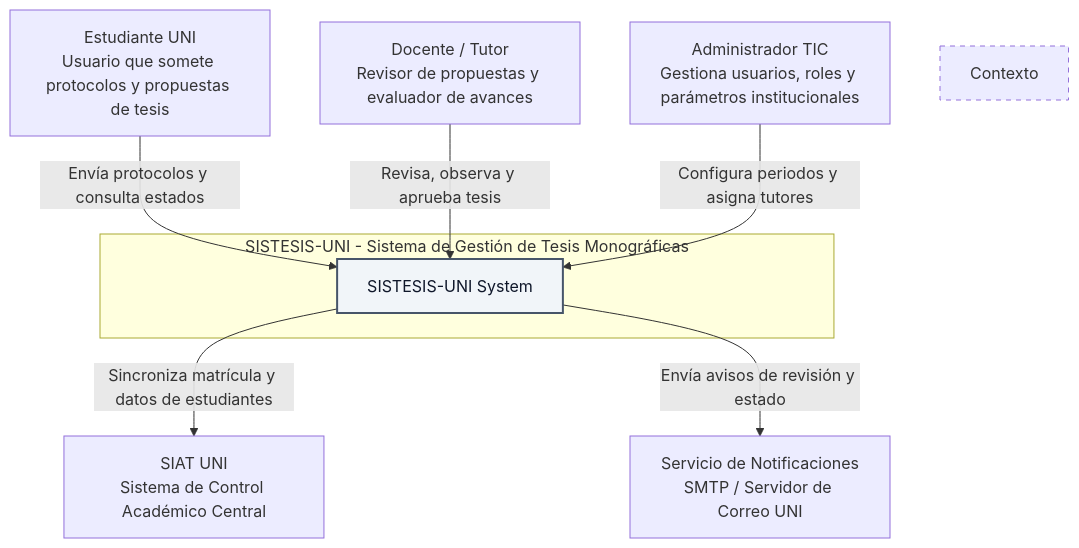
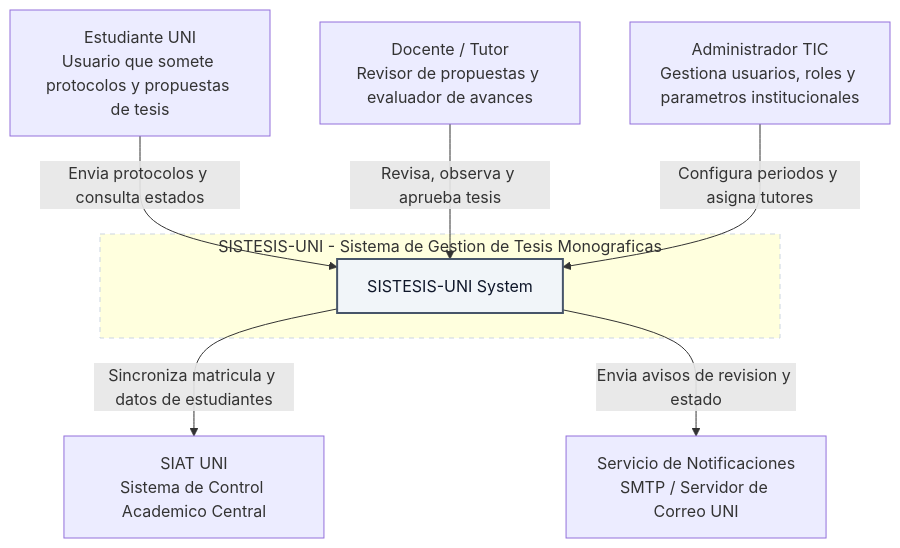
The first of 4 diagrams in README.md (angelbarreto46u/SistesisUni-Arquitectura), drawn with Mermaid before and after one commit. The commit also changed other lines of this file, not shown here.

Commit message:
feat: documentacion arquitectonica C4 y diagramas SISTESIS-UNI correction

````diff
--- a/README.md
+++ b/README.md
@@ -70,21 +61,20 @@
 ```mermaid
 graph TD
-    subgraph Contexto System Boundary [SISTESIS-UNI - Sistema de Gestión de Tesis Monográficas]
-        SISTESIS[SISTESIS-UNI System]
+    subgraph ContextoBoundary ["SISTESIS-UNI - Sistema de Gestion de Tesis Monograficas"]
+        SISTESIS["SISTESIS-UNI System"]
     end
+    Estudiante["Estudiante UNI<br/>Usuario que somete protocolos y propuestas de tesis"]
+    Docente["Docente / Tutor<br/>Revisor de propuestas y evaluador de avances"]
+    Admin["Administrador TIC<br/>Gestiona usuarios, roles y parametros institucionales"]
+    SIAT["SIAT UNI<br/>Sistema de Control Academico Central"]
+    NotificationSystem["Servicio de Notificaciones<br/>SMTP / Servidor de Correo UNI"]
 
-    Estudiante[Estudiante UNI<br/>Usuario que somete protocolos y propuestas de tesis]
-    Docente[Docente / Tutor<br/>Revisor de propuestas y evaluador de avances]
-    Admin[Administrador TIC<br/>Gestiona usuarios, roles y parámetros institucionales]
-    SIAT[SIAT UNI<br/>Sistema de Control Académico Central]
-    NotificationSystem[Servicio de Notificaciones<br/>SMTP / Servidor de Correo UNI]
-
-    Estudiante -->|Envía protocolos y consulta estados| SISTESIS
+    Estudiante -->|Envia protocolos y consulta estados| SISTESIS
     Docente -->|Revisa, observa y aprueba tesis| SISTESIS
     Admin -->|Configura periodos y asigna tutores| SISTESIS
-    SISTESIS -->|Sincroniza matrícula y datos de estudiantes| SIAT
-    SISTESIS -->|Envía avisos de revisión y estado| NotificationSystem
+    SISTESIS -->|Sincroniza matricula y datos de estudiantes| SIAT
+    SISTESIS -->|Envia avisos de revision y estado| NotificationSystem
 
     style SISTESIS fill:#f1f5f9,stroke:#475569,stroke-width:2px,color:#0f172a
-    style Contexto System Boundary stroke:#cbd5e1,stroke-dasharray: 5 5
+    style ContextoBoundary stroke:#cbd5e1,stroke-dasharray: 5 5
 ```
````
